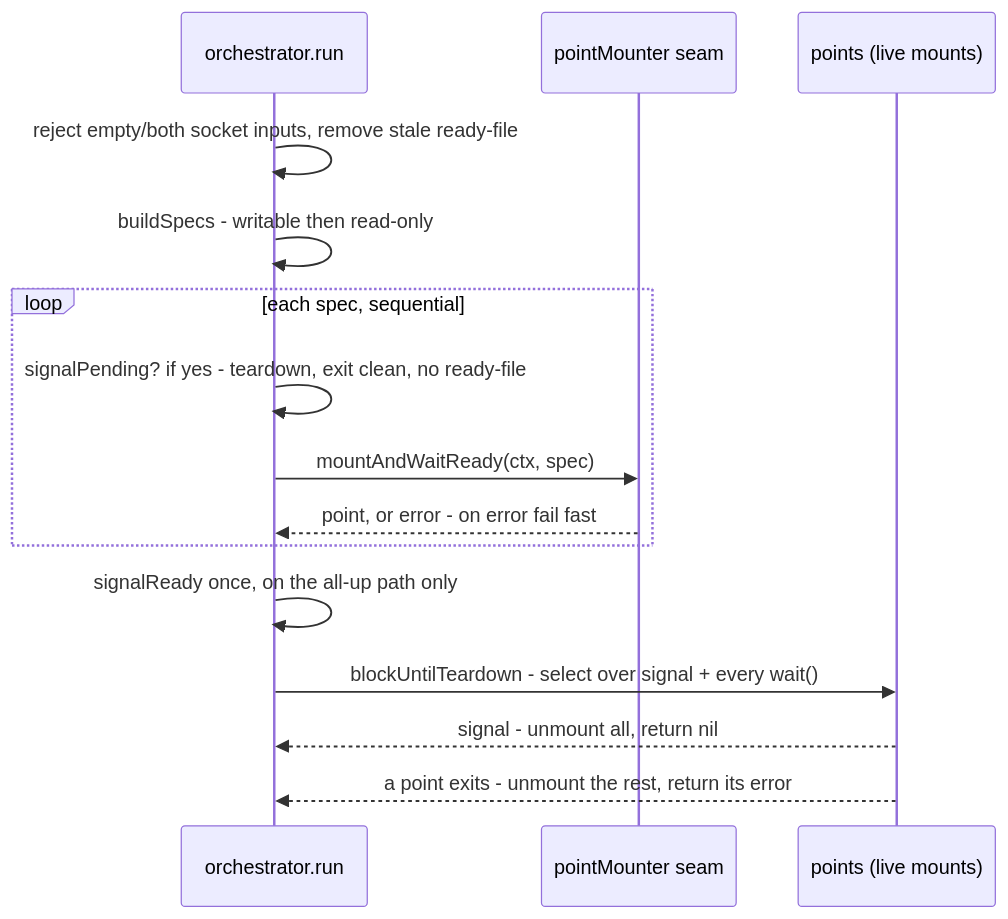
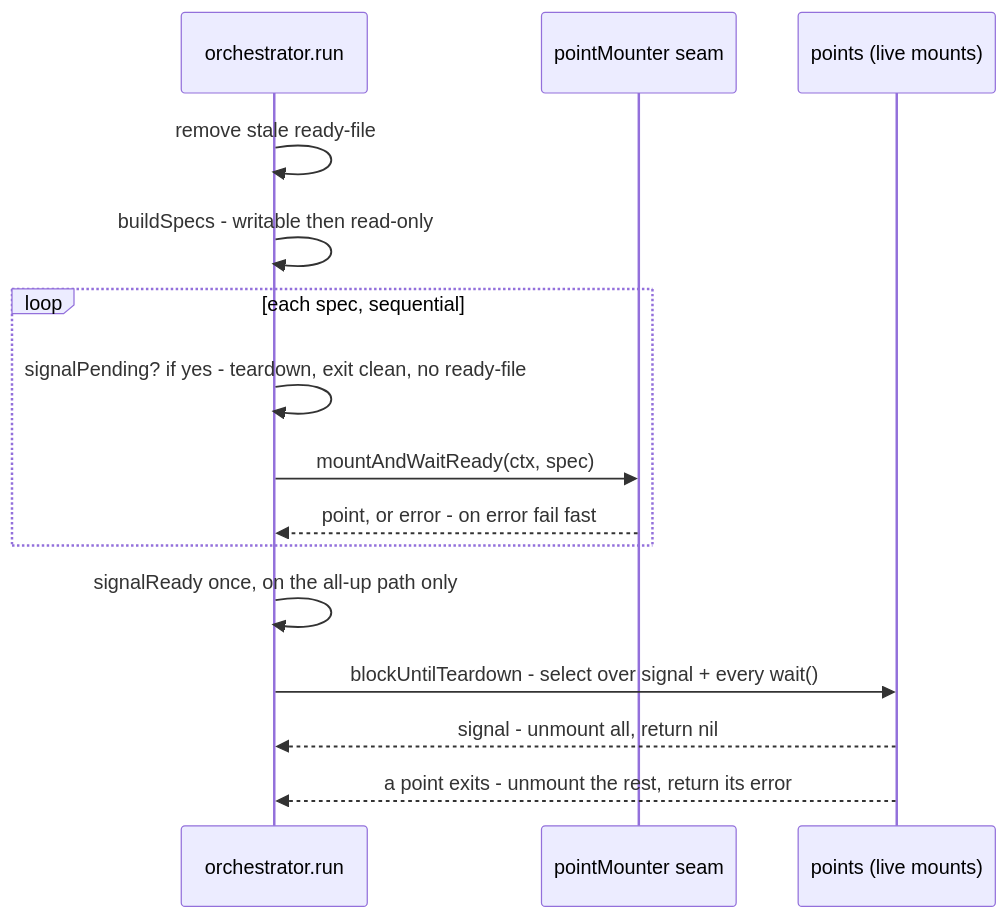
One commit to Wide-Moat/ocu-rclone-filestore changed the diagram in docs/components/06-mounter.md. Above: the diagram before and after it, drawn with Mermaid. The commit also changed other lines of this file and 6 other files, not shown here.

````diff
--- a/docs/components/06-mounter.md
+++ b/docs/components/06-mounter.md
@@ -33,17 +33,17 @@
 ```mermaid
 sequenceDiagram
     participant O as orchestrator.run
     participant S as pointMounter seam
     participant P as points (live mounts)
-    O->>O: reject empty/both socket inputs, remove stale ready-file
+    O->>O: remove stale ready-file
     O->>O: buildSpecs - writable then read-only
     loop each spec, sequential
         O->>O: signalPending? if yes - teardown, exit clean, no ready-file
         O->>S: mountAndWaitReady(ctx, spec)
         S-->>O: point, or error - on error fail fast
     end
     O->>O: signalReady once, on the all-up path only
     O->>P: blockUntilTeardown - select over signal + every wait()
     P-->>O: signal - unmount all, return nil
     P-->>O: a point exits - unmount the rest, return its error
 ```
````
